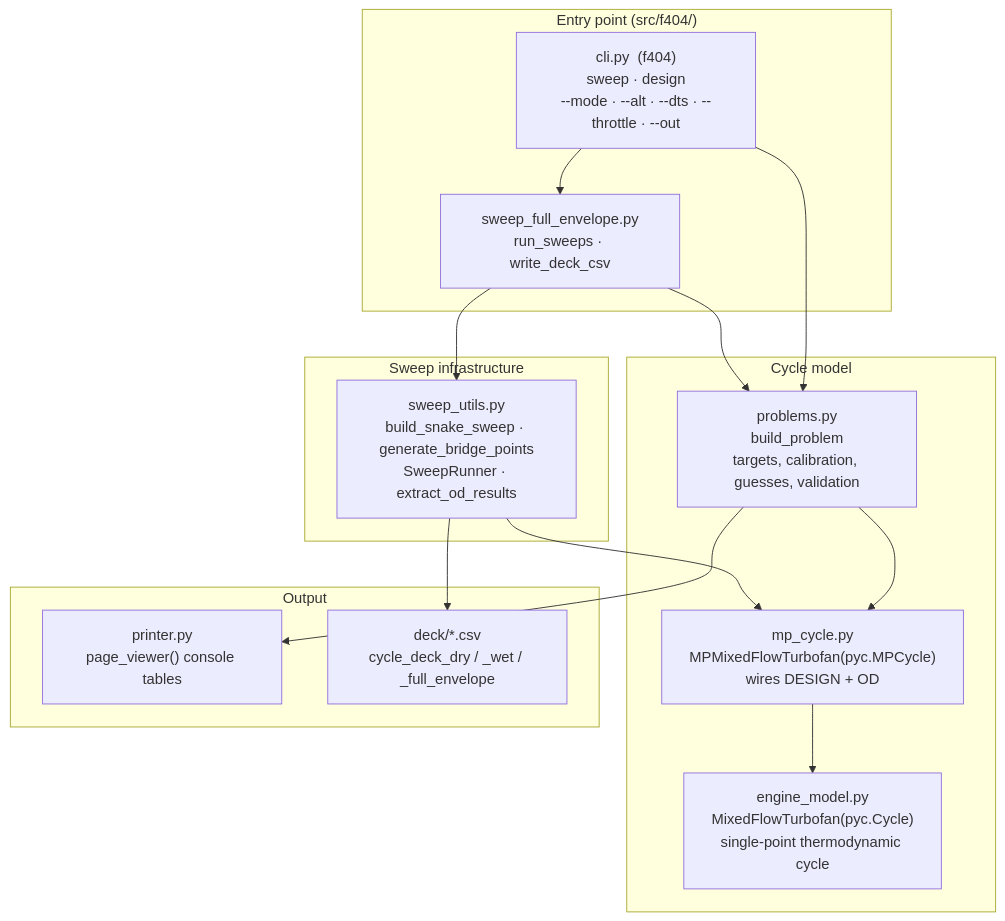
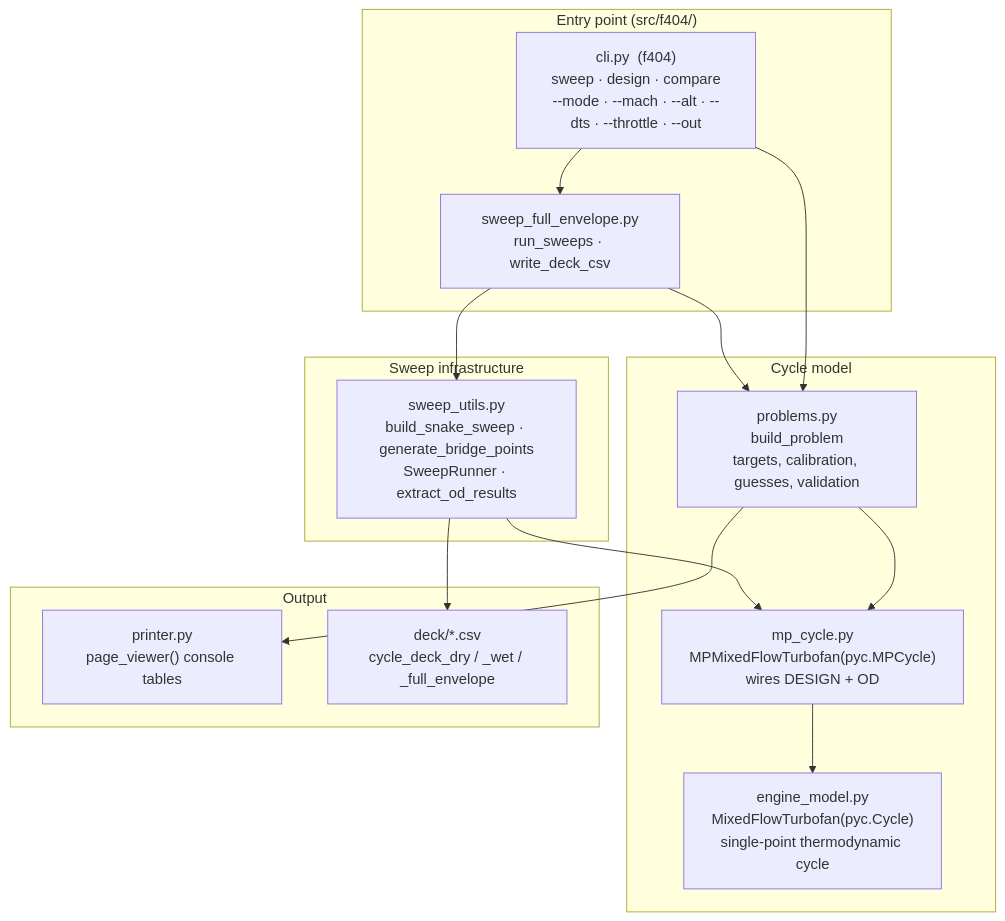
One commit to Jhawk414/F404 changed the diagram in README.md. Above: the diagram before and after it, drawn with Mermaid. The commit also changed other lines of this file and 12 other files, not shown here.

First line of the commit message:
Failed sweep points in the deck, input-keyed f404 compare, and a Mach sweep axis (#39)

````diff
--- a/README.md
+++ b/README.md
@@ -84,32 +85,32 @@
 ```mermaid
 flowchart TD
     subgraph Drivers["Entry point (src/f404/)"]
-        CLI["cli.py  (f404)<br/>sweep · design<br/>--mode · --alt · --dts · --throttle · --out"]
+        CLI["cli.py  (f404)<br/>sweep · design · compare<br/>--mode · --mach · --alt · --dts · --throttle · --out"]
         A["sweep_full_envelope.py<br/>run_sweeps · write_deck_csv"]
     end
 
     subgraph Model["Cycle model"]
         B["problems.py<br/>build_problem<br/>targets, calibration, guesses, validation"]
         C["mp_cycle.py<br/>MPMixedFlowTurbofan(pyc.MPCycle)<br/>wires DESIGN + OD"]
         D["engine_model.py<br/>MixedFlowTurbofan(pyc.Cycle)<br/>single-point thermodynamic cycle"]
     end
 
     subgraph Sweep["Sweep infrastructure"]
         E["sweep_utils.py<br/>build_snake_sweep · generate_bridge_points<br/>SweepRunner · extract_od_results"]
     end
 
     subgraph Output["Output"]
         F["printer.py<br/>page_viewer() console tables"]
         G["deck/*.csv<br/>cycle_deck_dry / _wet / _full_envelope"]
     end
 
     CLI --> A
     CLI --> B
     A --> B
     B --> C
     C --> D
     B --> F
     A --> E
     E --> C
     E --> G
 ```
````
